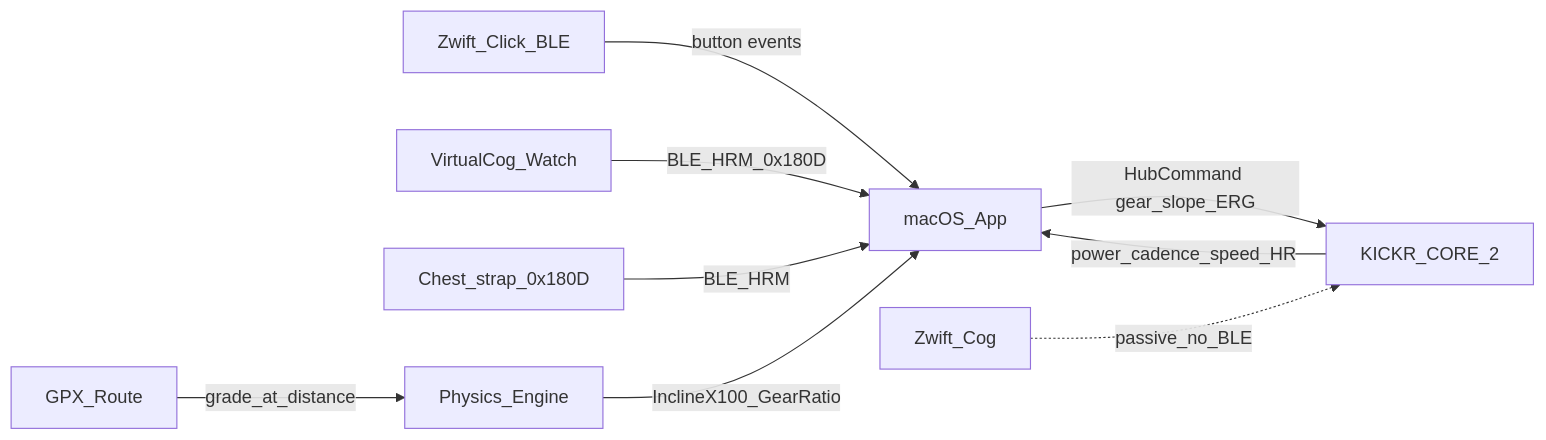
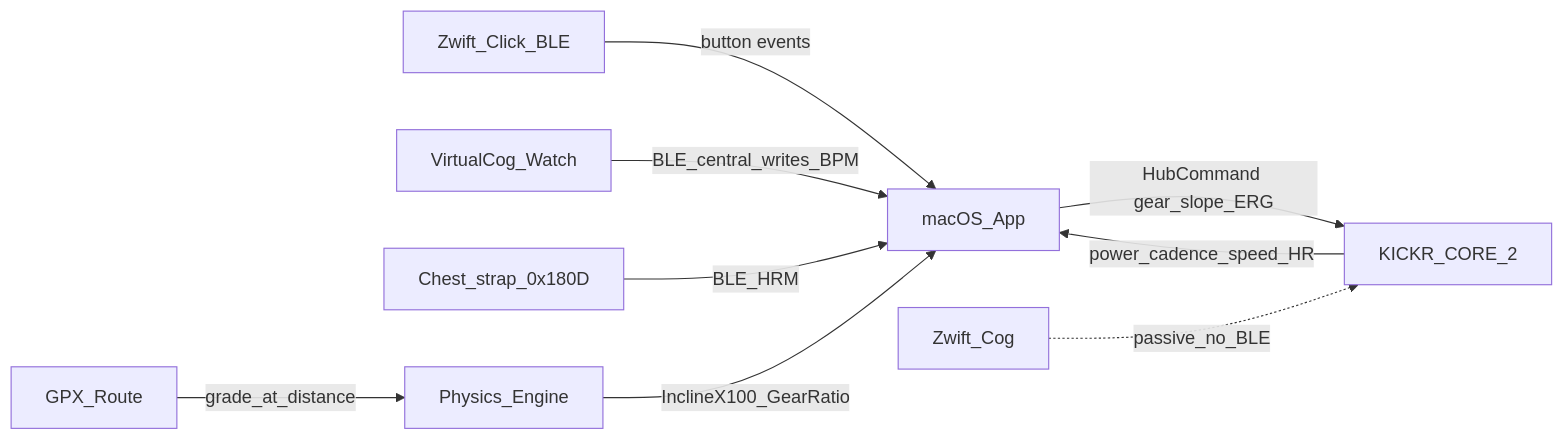
One commit to pymmog/virtual-cog changed the first of 2 diagrams in PLAN.md. Above: the diagram before and after it, drawn with Mermaid. The commit also changed other lines of this file and 23 other files, not shown here.

````diff
--- a/PLAN.md
+++ b/PLAN.md
@@ -23,11 +23,11 @@
 ```mermaid
 flowchart LR
   Click[Zwift_Click_BLE] -->|button events| App[macOS_App]
   App -->|HubCommand gear_slope_ERG| Kickr[KICKR_CORE_2]
   Kickr -->|power_cadence_speed_HR| App
-  Watch[VirtualCog_Watch] -->|BLE_HRM_0x180D| App
+  Watch[VirtualCog_Watch] -->|BLE_central_writes_BPM| App
   Strap[Chest_strap_0x180D] -->|BLE_HRM| App
   GPX[GPX_Route] -->|grade_at_distance| Physics[Physics_Engine]
   Physics -->|InclineX100_GearRatio| App
   Cog[Zwift_Cog] -.->|passive_no_BLE| Kickr
 ```
````
